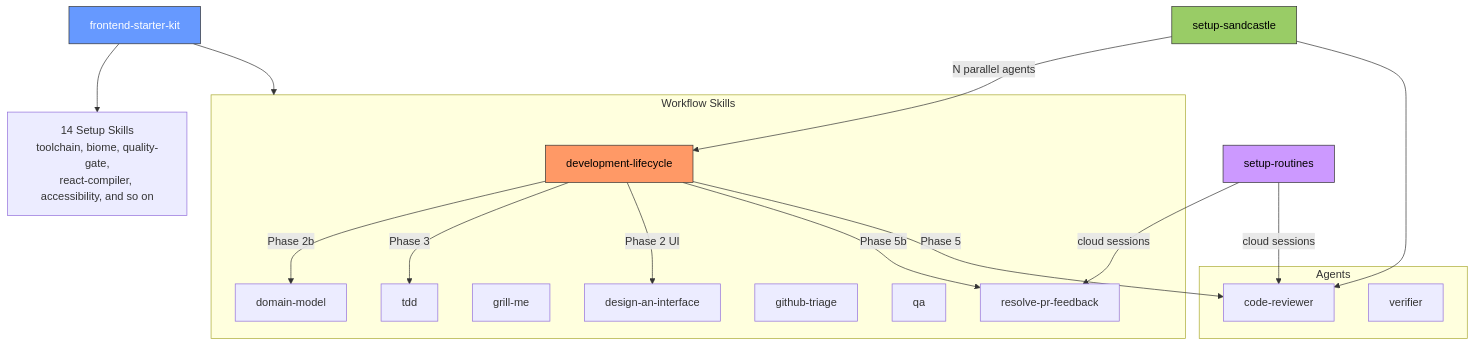
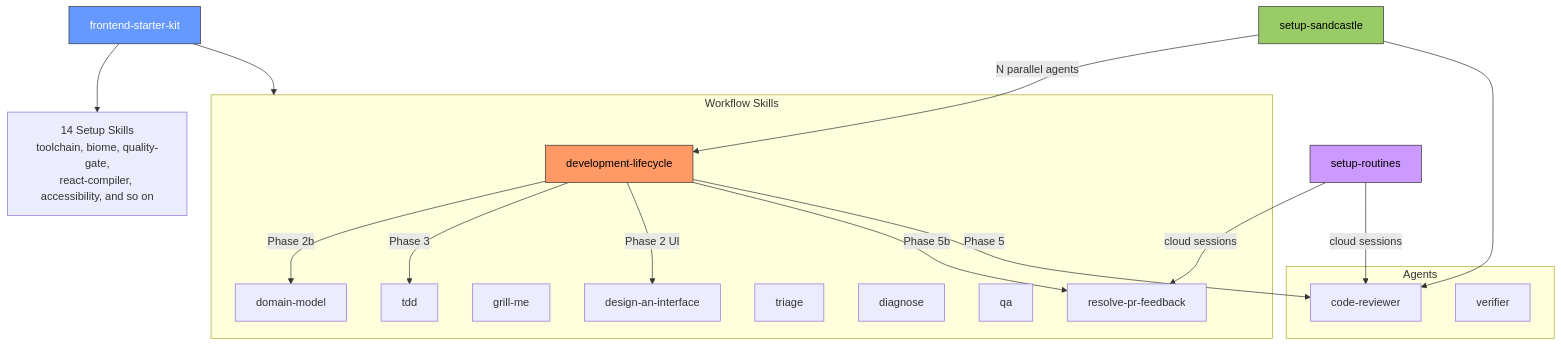
The fifth of 6 diagrams in README.md (malinskibeniamin/skills), drawn with Mermaid before and after one commit. The commit also changed other lines of this file and 28 other files, not shown here.

````diff
--- a/README.md
+++ b/README.md
@@ -947,43 +953,44 @@
 ```mermaid
 graph TD
     FSK["frontend-starter-kit"]
     Setup["14 Setup Skills\ntoolchain, biome, quality-gate,\nreact-compiler, accessibility, and so on"]
     SC[setup-sandcastle]
     RT[setup-routines]
 
     subgraph Workflow["Workflow Skills"]
         DL["development-lifecycle"]
         TDD[tdd]
         DM[domain-model]
         GM[grill-me]
         DAI[design-an-interface]
-        GT[github-triage]
+        TR[triage]
+        DIAG[diagnose]
         QA[qa]
         RPF[resolve-pr-feedback]
     end
 
     subgraph Agents
         CR[code-reviewer]
         VER[verifier]
     end
 
     FSK --> Setup
     FSK --> Workflow
 
     DL -- "Phase 2b" --> DM
     DL -- "Phase 3" --> TDD
     DL -- "Phase 2 UI" --> DAI
     DL -- "Phase 5b" --> RPF
     DL -- "Phase 5" --> CR
 
     SC -- "N parallel agents" --> DL
     SC --> CR
 
     RT -- "cloud sessions" --> RPF
     RT -- "cloud sessions" --> CR
 
     style DL fill:#f96,stroke:#333,color:#000
     style FSK fill:#69f,stroke:#333,color:#fff
     style SC fill:#9c6,stroke:#333,color:#000
     style RT fill:#c9f,stroke:#333,color:#000
 ```
````
